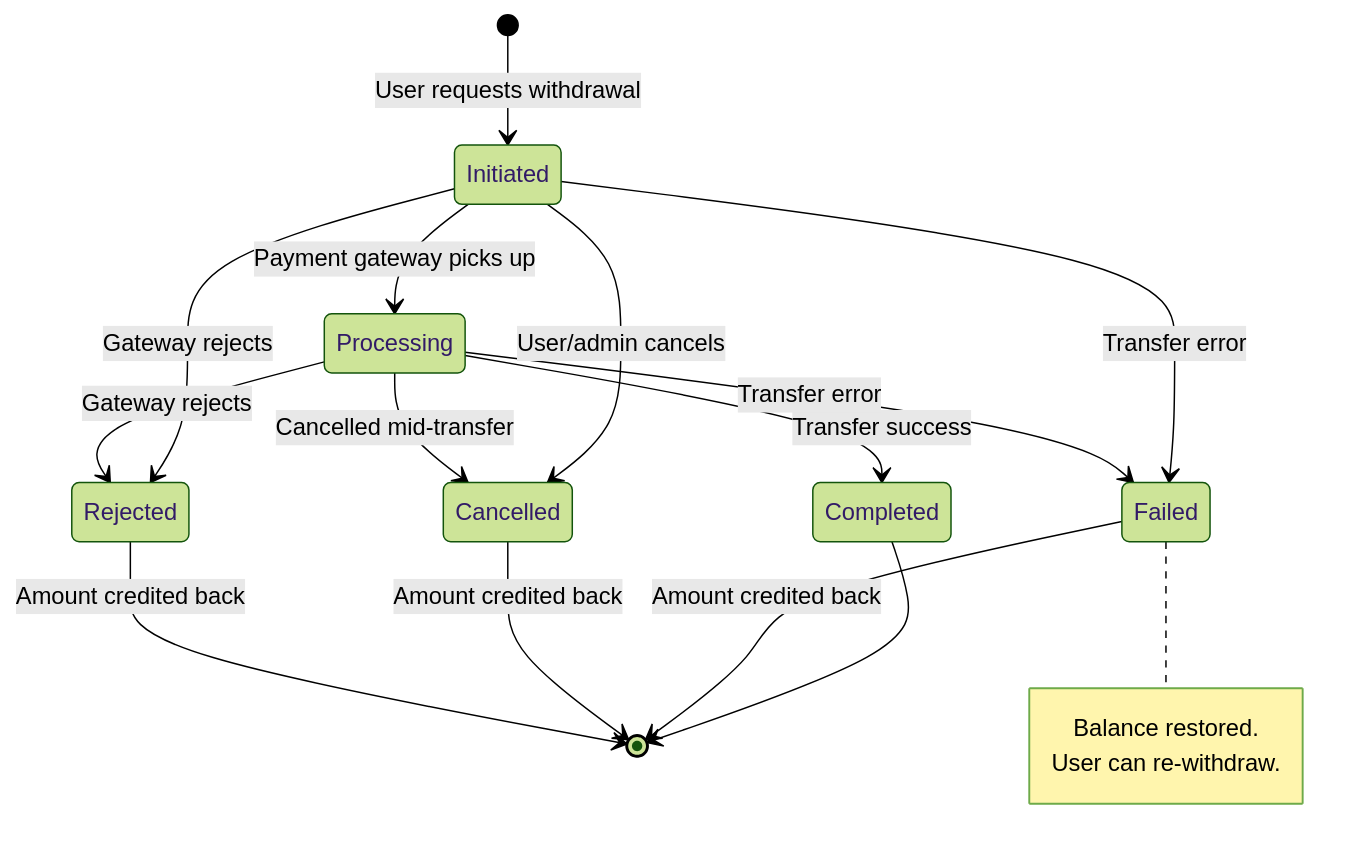
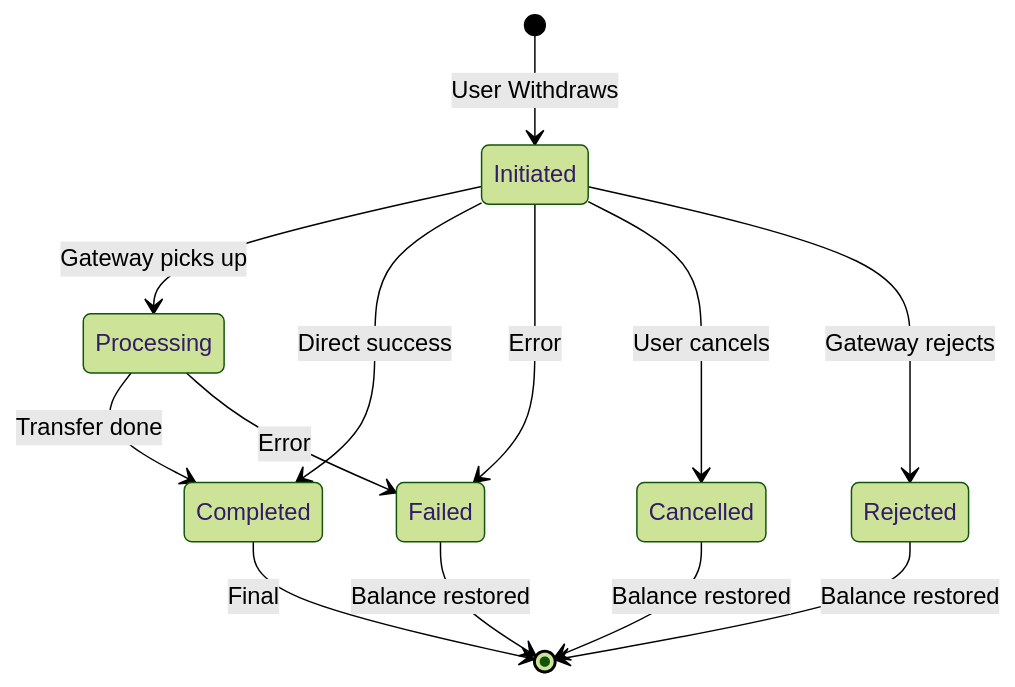
Before and after one commit to pawanclone/taskdoc: the fourth of 14 diagrams in LLD.md, drawn with Mermaid (forest theme). The commit also changed other lines of this file, not shown here.

````diff
--- a/LLD.md
+++ b/LLD.md
@@ -225,21 +212,19 @@
 ```mermaid
 stateDiagram-v2
-    [*] --> Initiated: User requests withdrawal
-    Initiated --> Processing: Payment gateway picks up
-    Initiated --> Failed: Transfer error
-    Initiated --> Cancelled: User/admin cancels
+    [*] --> Initiated: User Withdraws
+
+    Initiated --> Processing: Gateway picks up
+    Initiated --> Completed: Direct success
+
+    Processing --> Completed: Transfer done
+
+    Initiated --> Failed: Error
+    Processing --> Failed: Error
+    Initiated --> Cancelled: User cancels
     Initiated --> Rejected: Gateway rejects
-    Processing --> Completed: Transfer success
-    Processing --> Failed: Transfer error
-    Processing --> Cancelled: Cancelled mid-transfer
-    Processing --> Rejected: Gateway rejects
-    Completed --> [*]
-    Failed --> [*]: Amount credited back
-    Cancelled --> [*]: Amount credited back
-    Rejected --> [*]: Amount credited back
 
-    note right of Failed
-        Balance restored.
-        User can re-withdraw.
-    end note
+    Failed --> [*]: Balance restored
+    Cancelled --> [*]: Balance restored
+    Rejected --> [*]: Balance restored
+    Completed --> [*]: Final
 ```
````
